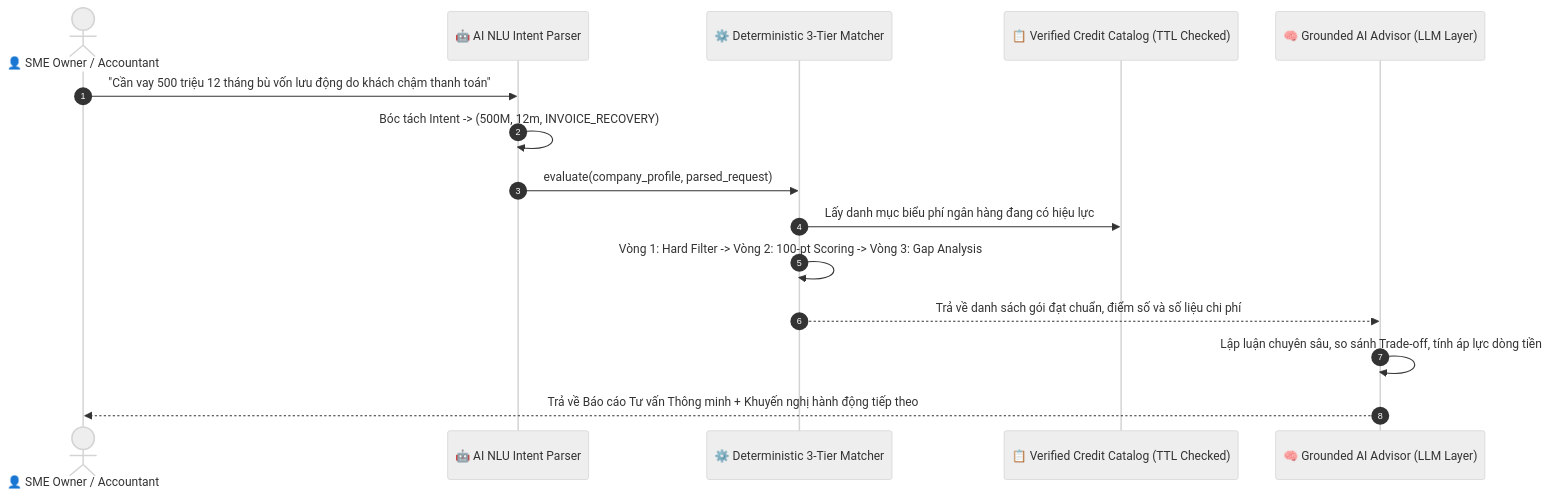
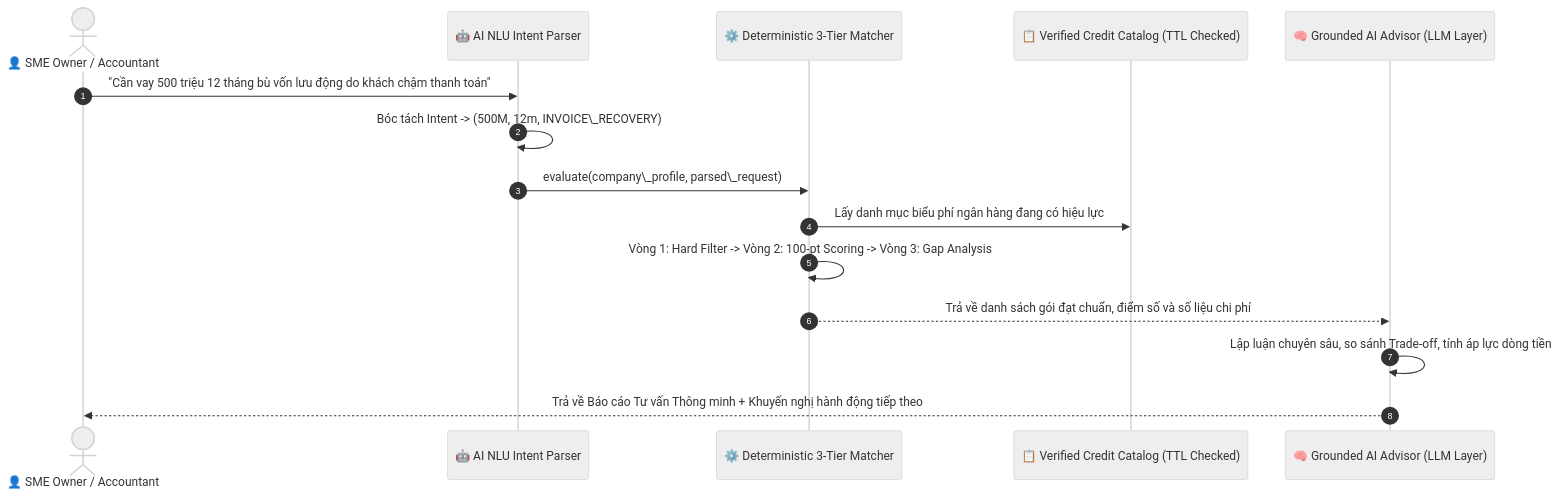
Before and after one commit to trungkienit25/lotus-fin: the first of 2 diagrams in lotus_fin/lotus_fin/AI005/README.md, drawn with Mermaid (neutral theme). The commit also changed other lines of this file, not shown here.

````diff
--- a/lotus_fin/lotus_fin/AI005/README.md
+++ b/lotus_fin/lotus_fin/AI005/README.md
@@ -34,18 +28,18 @@
 ```mermaid
 sequenceDiagram
     autonumber
     actor User as 👤 SME Owner / Accountant
     participant Copilot as 🤖 AI NLU Intent Parser
     participant Matcher as ⚙️ Deterministic 3-Tier Matcher
     participant Catalog as 📋 Verified Credit Catalog (TTL Checked)
     participant Advisor as 🧠 Grounded AI Advisor (LLM Layer)
 
     User->>Copilot: "Cần vay 500 triệu 12 tháng bù vốn lưu động do khách chậm thanh toán"
-    Copilot->>Copilot: Bóc tách Intent -> (500M, 12m, INVOICE_RECOVERY)
-    Copilot->>Matcher: evaluate(company_profile, parsed_request)
+    Copilot->>Copilot: Bóc tách Intent -> (500M, 12m, INVOICE\_RECOVERY)
+    Copilot->>Matcher: evaluate(company\_profile, parsed\_request)
     Matcher->>Catalog: Lấy danh mục biểu phí ngân hàng đang có hiệu lực
     Matcher->>Matcher: Vòng 1: Hard Filter -> Vòng 2: 100-pt Scoring -> Vòng 3: Gap Analysis
     Matcher-->>Advisor: Trả về danh sách gói đạt chuẩn, điểm số và số liệu chi phí
     Advisor->>Advisor: Lập luận chuyên sâu, so sánh Trade-off, tính áp lực dòng tiền
     Advisor-->>User: Trả về Báo cáo Tư vấn Thông minh + Khuyến nghị hành động tiếp theo
 ```
````
